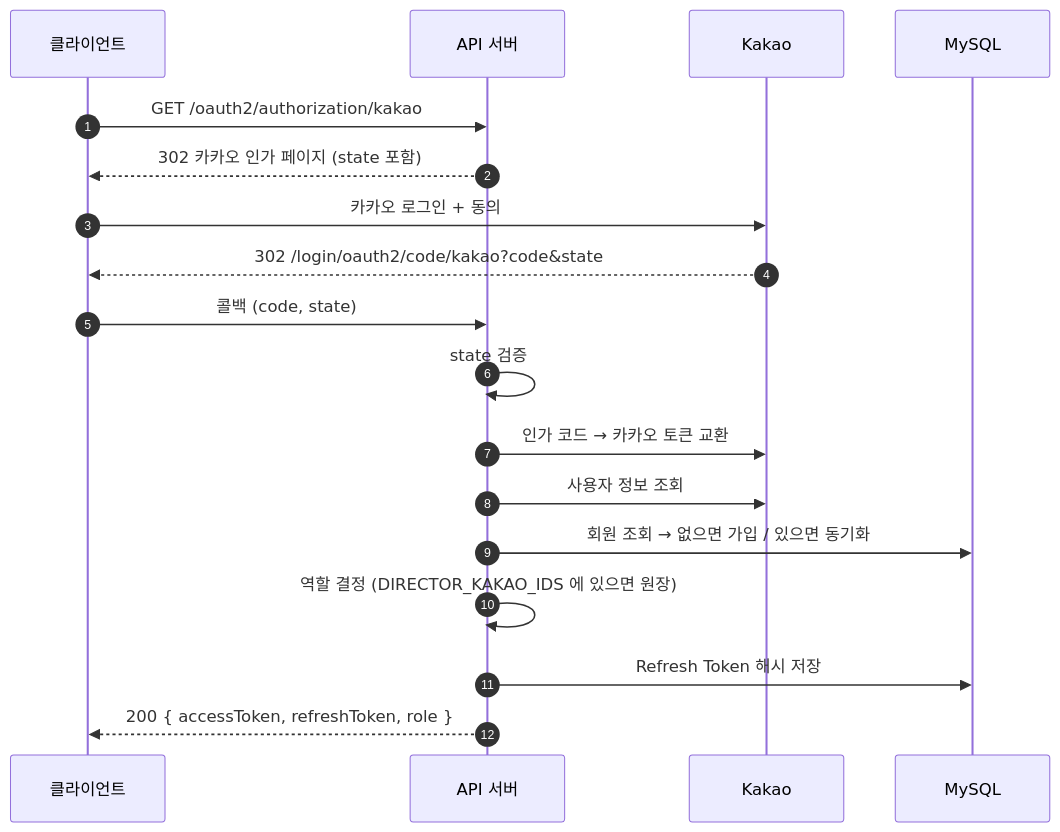
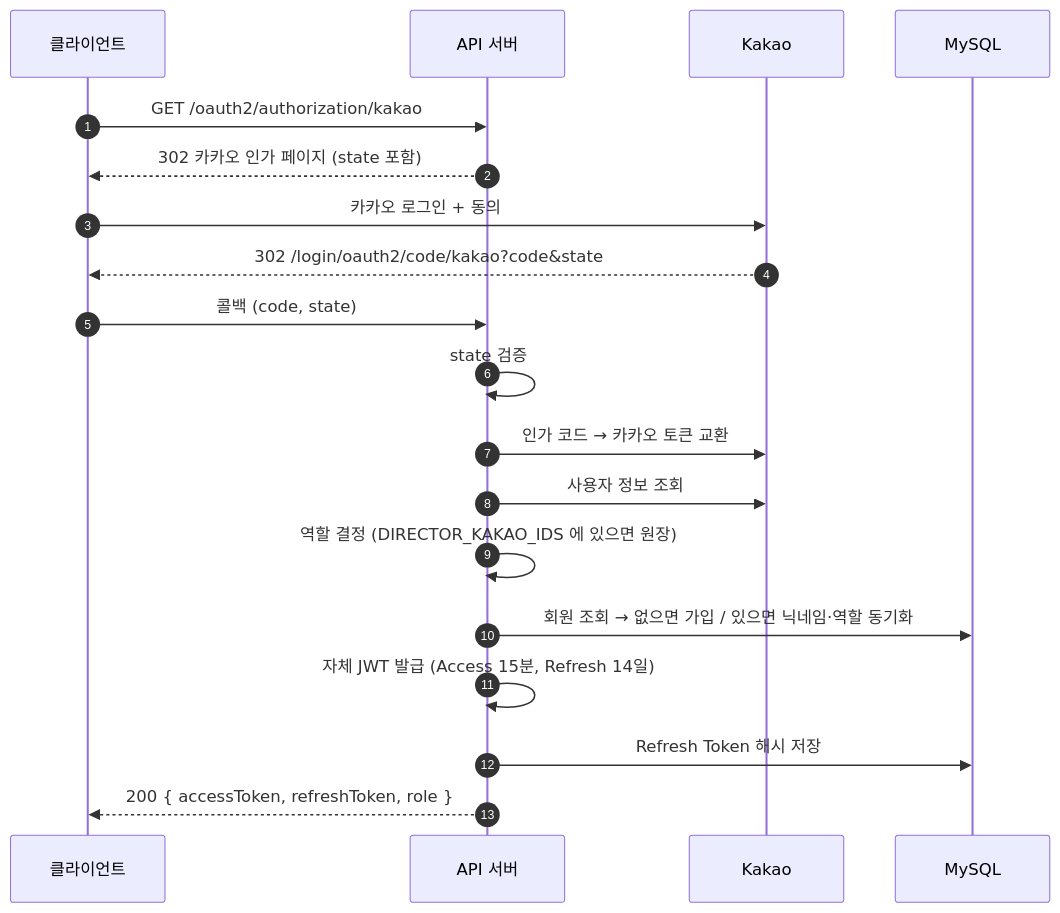
One commit to jeonchaerim/puppy-kindergarten-api changed the first of 2 diagrams in README.md. Above: the diagram before and after it, drawn with Mermaid. The commit also changed other lines of this file, not shown here.

````diff
--- a/README.md
+++ b/README.md
@@ -24,21 +23,22 @@
 ```mermaid
 sequenceDiagram
     autonumber
     participant C as 클라이언트
     participant S as API 서버
     participant K as Kakao
     participant DB as MySQL
 
     C->>S: GET /oauth2/authorization/kakao
     S-->>C: 302 카카오 인가 페이지 (state 포함)
     C->>K: 카카오 로그인 + 동의
     K-->>C: 302 /login/oauth2/code/kakao?code&state
     C->>S: 콜백 (code, state)
     S->>S: state 검증
     S->>K: 인가 코드 → 카카오 토큰 교환
     S->>K: 사용자 정보 조회
-    S->>DB: 회원 조회 → 없으면 가입 / 있으면 동기화
     S->>S: 역할 결정 (DIRECTOR_KAKAO_IDS 에 있으면 원장)
+    S->>DB: 회원 조회 → 없으면 가입 / 있으면 닉네임·역할 동기화
+    S->>S: 자체 JWT 발급 (Access 15분, Refresh 14일)
     S->>DB: Refresh Token 해시 저장
     S-->>C: 200 { accessToken, refreshToken, role }
 ```
````
